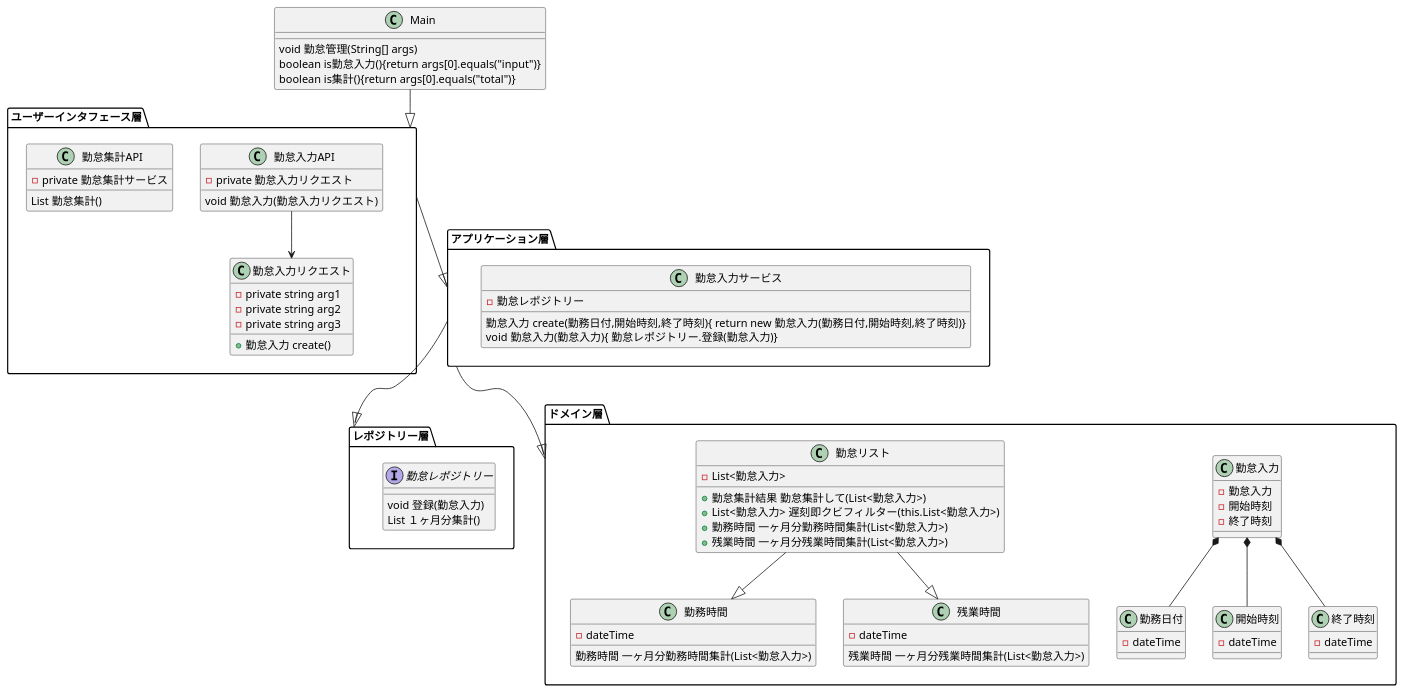
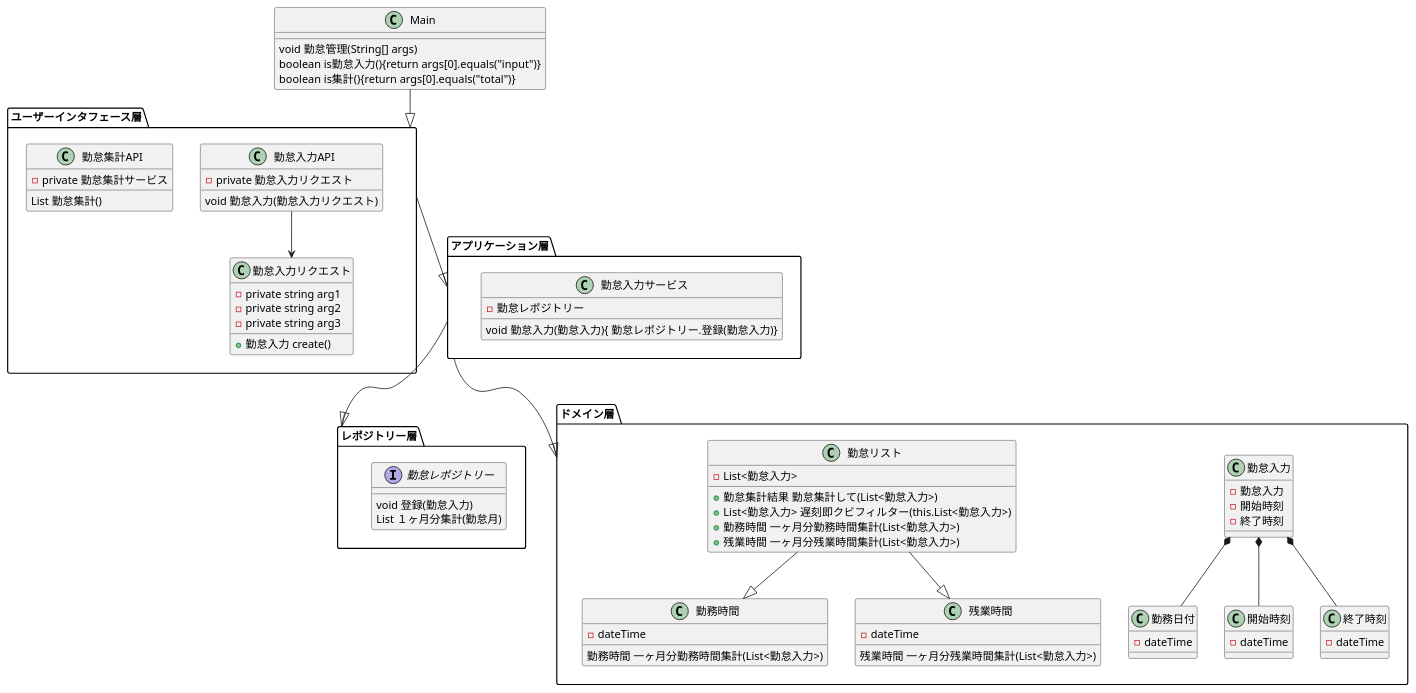
Before and after one commit to sekiguchihiroki/mendydydy: the diagram in doc/勤怠.puml, drawn with PlantUML. The commit also changed 3 other files, not shown here.

```diff
--- a/doc/勤怠.puml
+++ b/doc/勤怠.puml
@@ -1,96 +1,95 @@
 @startuml
 
 Main --|> ユーザーインタフェース層
 ユーザーインタフェース層 --|> アプリケーション層
 アプリケーション層 --|> レポジトリー層
 アプリケーション層 --|> ドメイン層
 
 class Main {
   void 勤怠管理(String[] args)
   boolean is勤怠入力(){return args[0].equals("input")}
   boolean is集計(){return args[0].equals("total")}
 }
 
 package ユーザーインタフェース層 <<Folder>> {
  勤怠入力API -->  勤怠入力リクエスト
 
 class 勤怠入力API {
   -private 勤怠入力リクエスト
   void 勤怠入力(勤怠入力リクエスト)
  }
 class 勤怠入力リクエスト {
   -private string arg1
   -private string arg2
   -private string arg3
   +勤怠入力 create()
  }
  class 勤怠集計API {
    -private 勤怠集計サービス
    List 勤怠集計()
   }
 
 }
 
 
 package アプリケーション層 <<Folder>> {
 class 勤怠入力サービス {
   -勤怠レポジトリー
-  勤怠入力 create(勤務日付,開始時刻,終了時刻){ return new 勤怠入力(勤務日付,開始時刻,終了時刻)}
   void 勤怠入力(勤怠入力){ 勤怠レポジトリー.登録(勤怠入力)}
 
  }
 
 }
 
 package ドメイン層 <<Folder>> {
 勤怠入力 *-- 勤務日付
 勤怠入力 *-- 開始時刻
 勤怠入力 *-- 終了時刻
 勤怠リスト --|> 勤務時間
 勤怠リスト --|> 残業時間
 
 class 勤怠入力 {
   -勤怠入力
   -開始時刻
   -終了時刻
 
 }
 class 勤怠リスト {
   -List<勤怠入力>
   +勤怠集計結果 勤怠集計して(List<勤怠入力>)
   +List<勤怠入力> 遅刻即クビフィルター(this.List<勤怠入力>)
   +勤務時間 一ヶ月分勤務時間集計(List<勤怠入力>)
   +残業時間 一ヶ月分残業時間集計(List<勤怠入力>)
 
 
 }
 class 勤務日付 {
   -dateTime
  }
 
 class 開始時刻 {
   -dateTime
  }
 
 class 終了時刻 {
   -dateTime
  }
 
 class 勤務時間{
   -dateTime
   勤務時間 一ヶ月分勤務時間集計(List<勤怠入力>)
  }
 class 残業時間{
   -dateTime
   残業時間 一ヶ月分残業時間集計(List<勤怠入力>)
  }
 }
 
 package レポジトリー層 <<Folder>> {
 interface 勤怠レポジトリー
 勤怠レポジトリー : void 登録(勤怠入力)
-勤怠レポジトリー : List １ヶ月分集計()
+勤怠レポジトリー : List １ヶ月分集計(勤怠月)
 
 }
 
 @enduml
```
